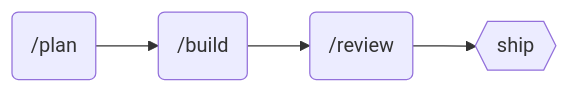
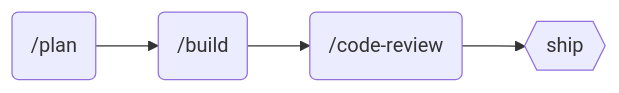
Before and after one commit to majesticlabs-dev/majestic-marketplace: the diagram in plugins/majestic-rails/README.md, drawn with Mermaid. The commit also changed 2 other files, not shown here.

Commit message:
refactor(majestic-rails): rename /review command to /code-review
Improve clarity by using a more explicit command name that better describes
the code review workflow. Updates all references in documentation and
related workflow commands.

````diff
--- a/plugins/majestic-rails/README.md
+++ b/plugins/majestic-rails/README.md
@@ -13,6 +13,6 @@
 ```mermaid
 graph LR
     A(/plan) --> B(/build)
-    B --> C(/review)
+    B --> C(/code-review)
     C --> D{{ship}}
 ```
````
